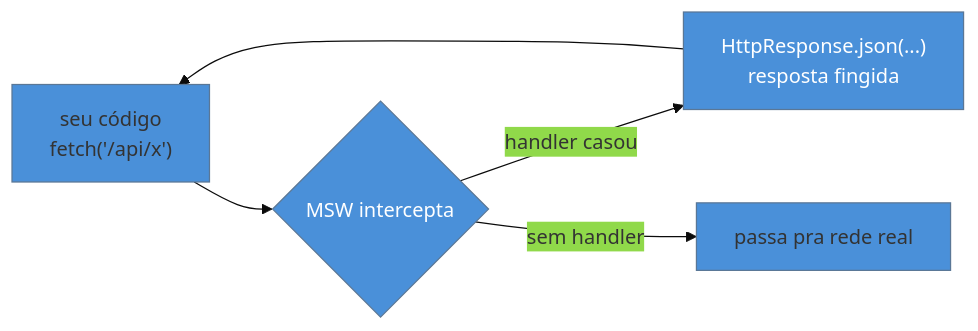
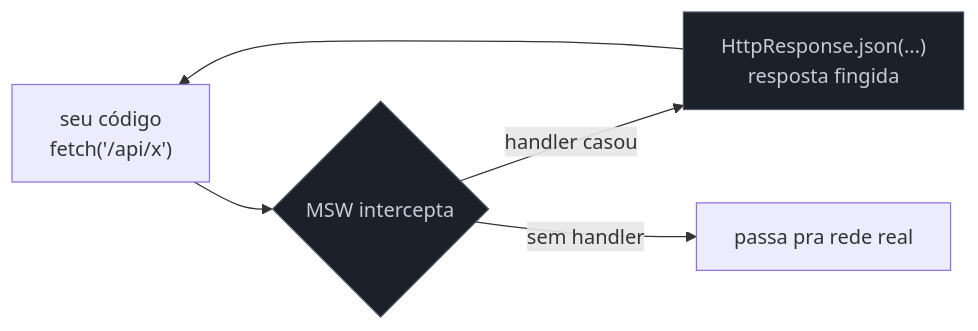
One commit to josenaldo/codex-technomanticus changed the diagram in 03-Dominios/Tecnologia/Testes JS/09 - MSW - mockando a rede.md. Above: the diagram before and after it, drawn with Mermaid. The commit also changed 1181 other files, not shown here.

First line of the commit message:
fix(diagramas): paleta do sistema no lugar de cor cravada no markdown

````diff
--- a/03-Dominios/Tecnologia/Testes JS/09 - MSW - mockando a rede.md
+++ b/03-Dominios/Tecnologia/Testes JS/09 - MSW - mockando a rede.md
@@ -33,10 +33,10 @@
 ```mermaid
-%%{init: {"theme": "base", "themeVariables": {"primaryColor": "#4A90D9"}}}%%
 graph LR
+    classDef neutro fill:#1B2029,stroke:#4E5666,color:#C6CCD8
     A["seu código<br/>fetch('/api/x')"] --> B{MSW intercepta}
     B -->|handler casou| C["HttpResponse.json(...)<br/>resposta fingida"]
     B -->|sem handler| D[passa pra rede real]
     C --> A
-    style B fill:#4A90D9,color:#fff
-    style C fill:#4A90D9,color:#fff
+    class B neutro
+    class C neutro
 ```
````
